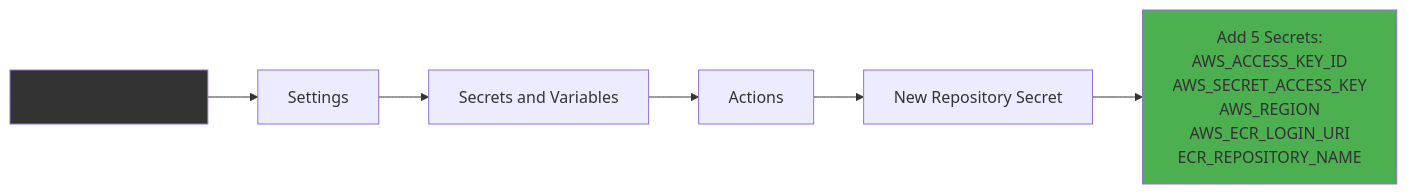
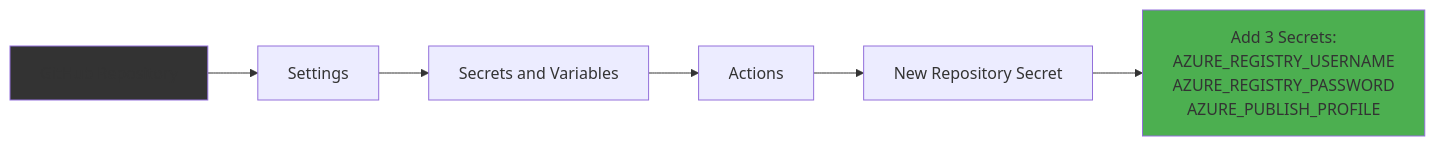
Before and after one commit to jagadeshchilla/student_performance_AZURE: the fifth of 6 diagrams in README.md, drawn with Mermaid. The commit also changed other lines of this file and 3 other files, not shown here.

````diff
--- a/README.md
+++ b/README.md
@@ -154,11 +145,11 @@
 ```mermaid
 graph LR
     A["GitHub Repository"] --> B["Settings"]
     B --> C["Secrets and Variables"]
     C --> D["Actions"]
     D --> E["New Repository Secret"]
-    E --> F["Add 5 Secrets:<br/>AWS_ACCESS_KEY_ID<br/>AWS_SECRET_ACCESS_KEY<br/>AWS_REGION<br/>AWS_ECR_LOGIN_URI<br/>ECR_REPOSITORY_NAME"]
+    E --> F["Add 3 Secrets:<br/>AZURE_REGISTRY_USERNAME<br/>AZURE_REGISTRY_PASSWORD<br/>AZURE_PUBLISH_PROFILE"]
     
     style A fill:#333
     style F fill:#4caf50
 ```
````
